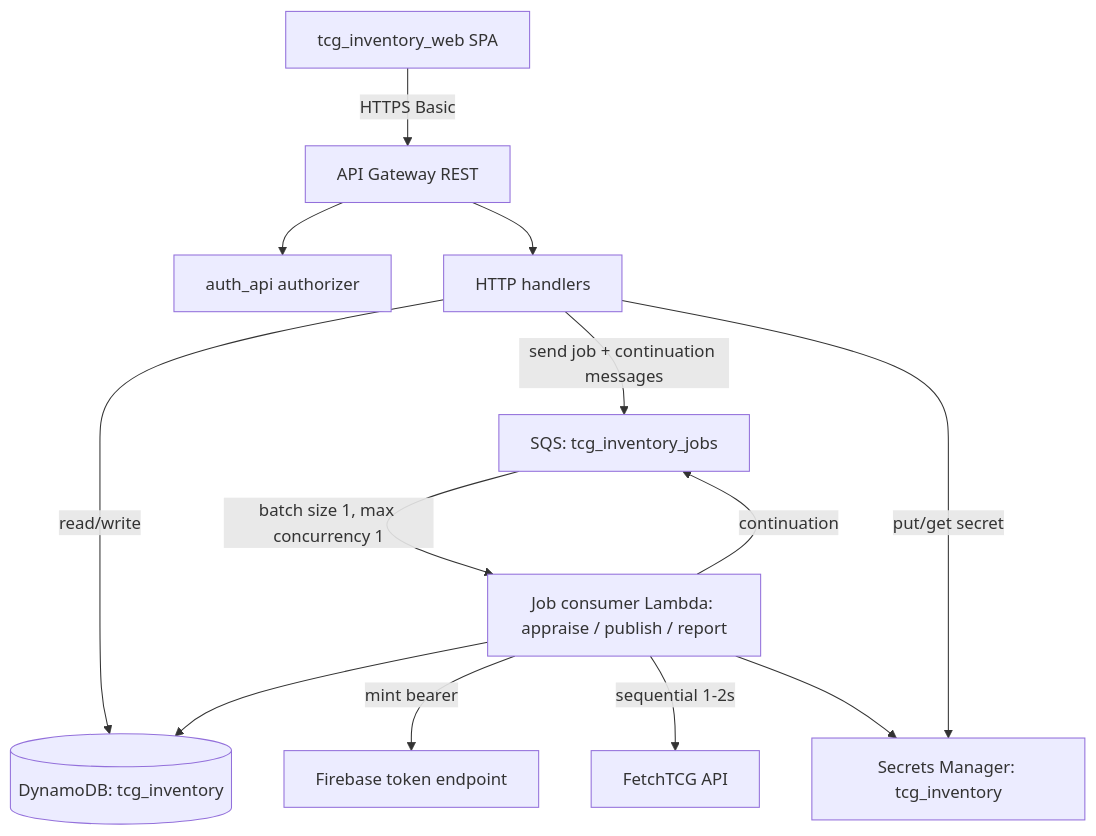
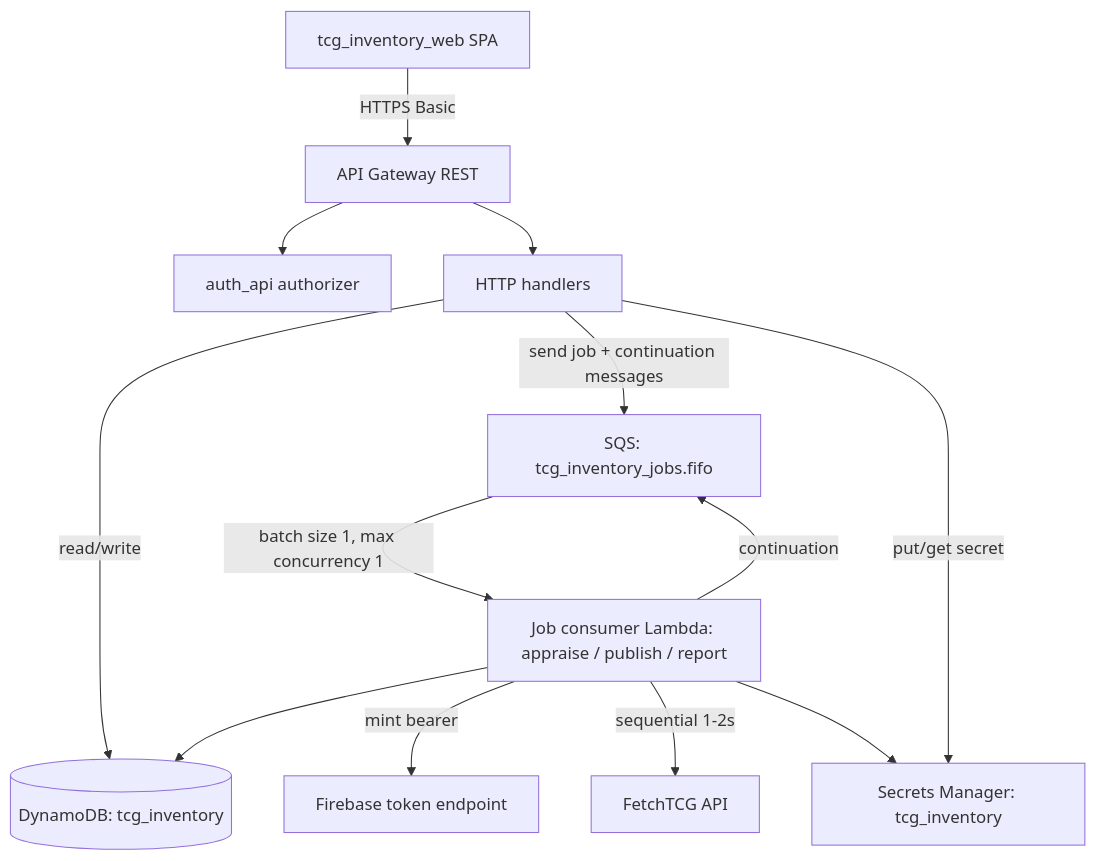
The first of 2 diagrams in tcg_inventory_api/README.md (jordansimsmith/jordansimsmith-com), drawn with Mermaid before and after one commit. The commit also changed other lines of this file and 14 other files, not shown here.

Commit message:
Fix job continuations swallowed by FIFO content deduplication

````diff
--- a/tcg_inventory_api/README.md
+++ b/tcg_inventory_api/README.md
@@ -49,15 +49,15 @@
 ```mermaid
 flowchart TD
   web[tcg_inventory_web SPA] -->|HTTPS Basic| apigw[API Gateway REST]
   apigw --> authz[auth_api authorizer]
   apigw --> http[HTTP handlers]
   http -->|read/write| ddb[(DynamoDB: tcg_inventory)]
-  http -->|send job + continuation messages| sqs[SQS: tcg_inventory_jobs]
+  http -->|send job + continuation messages| sqs[SQS: tcg_inventory_jobs.fifo]
   sqs -->|batch size 1, max concurrency 1| jobs[Job consumer Lambda: appraise / publish / report]
   jobs --> ddb
   jobs -->|continuation| sqs
   jobs -->|mint bearer| firebase[Firebase token endpoint]
   jobs -->|sequential 1-2s| fetchtcg[FetchTCG API]
   http -->|put/get secret| secrets[Secrets Manager: tcg_inventory]
   jobs --> secrets
 ```
````
